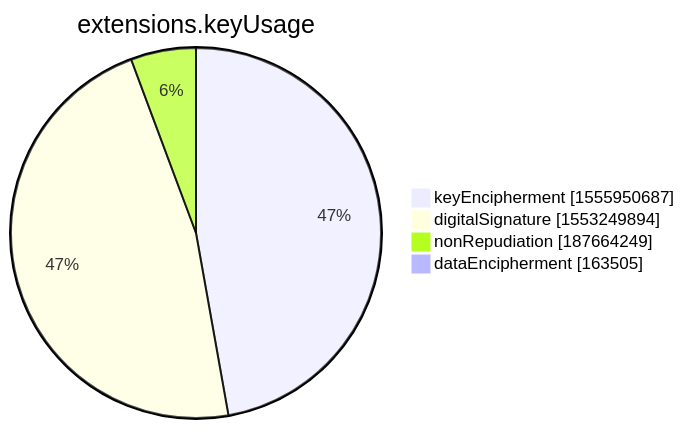
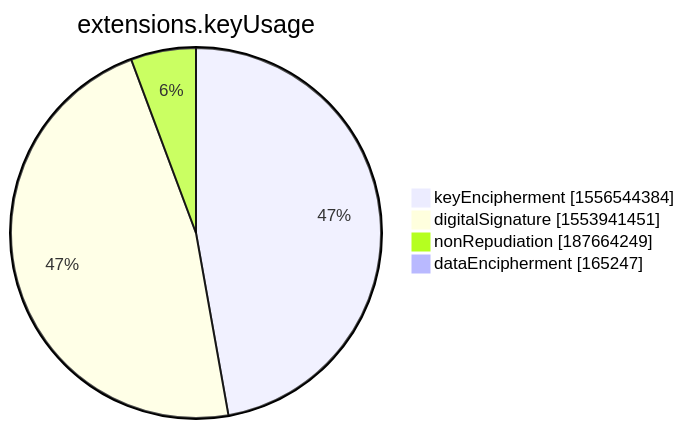
The seventh of 15 diagrams in xenon2022/README.md (christiankrug/ctmonitor_visualization), drawn with Mermaid before and after one commit. The commit also changed other lines of this file, not shown here.

````diff
--- a/xenon2022/README.md
+++ b/xenon2022/README.md
@@ -2852,8 +2852,8 @@
 ```mermaid
 pie showData
 title extensions.keyUsage
-"keyEncipherment" :1555950687
-"digitalSignature" :1553249894
+"keyEncipherment" :1556544384
+"digitalSignature" :1553941451
 "nonRepudiation" :187664249
-"dataEncipherment" :163505
+"dataEncipherment" :165247
 ```
````
